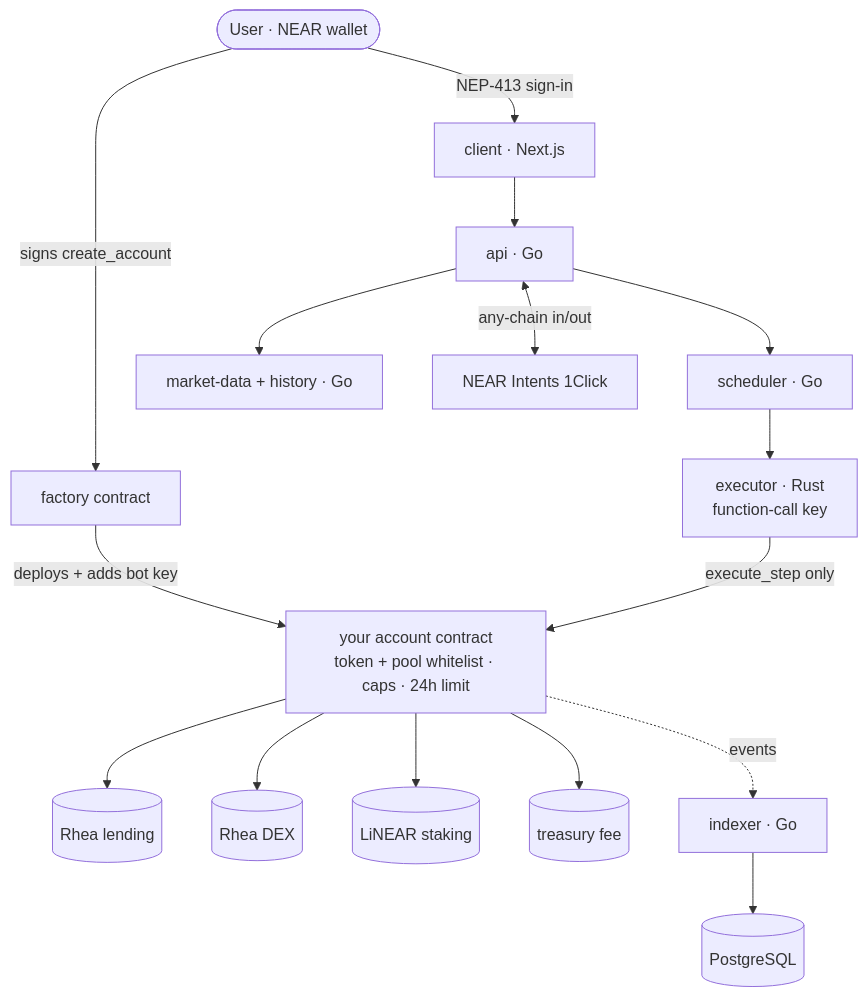
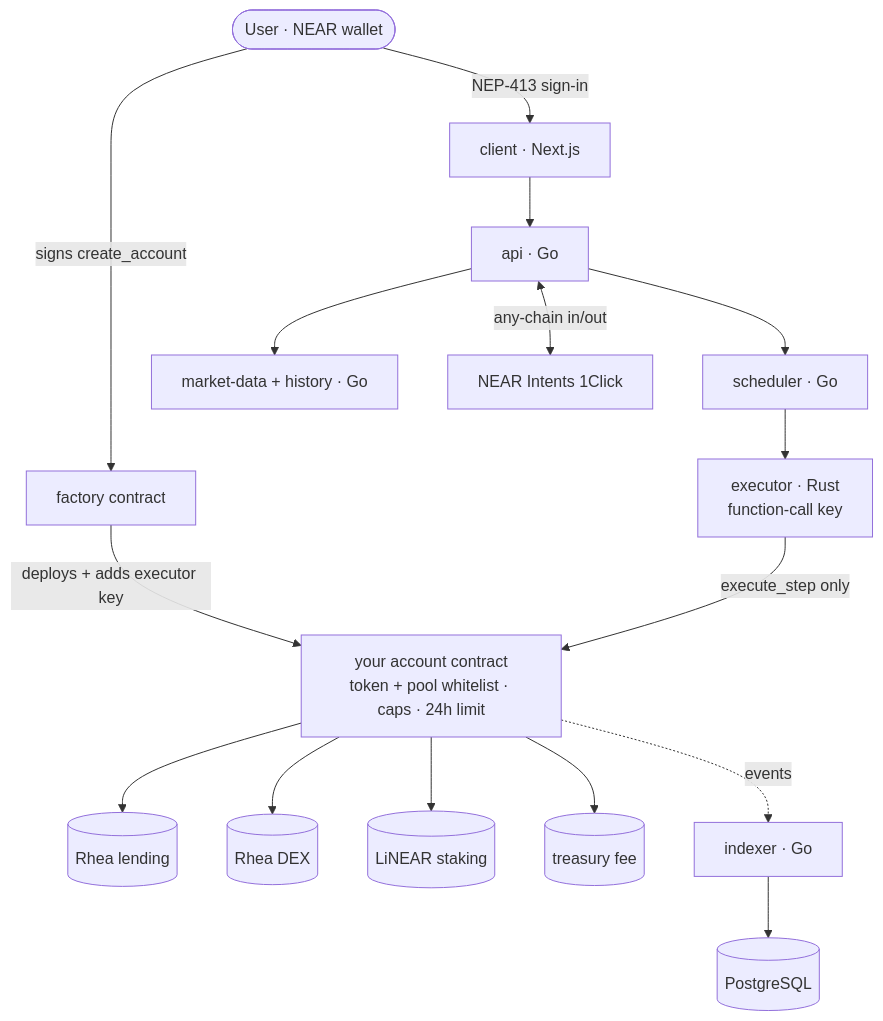
The diagram in README.md (Debanjannnn/nearly), drawn with Mermaid before and after one commit. The commit also changed other lines of this file, not shown here.

Commit message:
docs: live rhea swap + supply txs, wallet note, executor wording

````diff
--- a/README.md
+++ b/README.md
@@ -88,19 +88,19 @@
 ```mermaid
 flowchart TD
   U([User · NEAR wallet])
   U -->|NEP-413 sign-in| C[client · Next.js]
   U -->|signs create_account| F[factory contract]
   C --> API[api · Go]
   API --> S[scheduler · Go]
   API --> M[market-data + history · Go]
   API <-->|any-chain in/out| I[NEAR Intents 1Click]
   S --> X[executor · Rust<br/>function-call key]
-  F -->|deploys + adds bot key| A[your account contract<br/>token + pool whitelist · caps · 24h limit]
+  F -->|deploys + adds executor key| A[your account contract<br/>token + pool whitelist · caps · 24h limit]
   X -->|execute_step only| A
   A --> L[(Rhea lending)]
   A --> D[(Rhea DEX)]
   A --> ST[(LiNEAR staking)]
   A --> T[(treasury fee)]
   A -.->|events| IX[indexer · Go]
   IX --> DB[(PostgreSQL)]
 ```
````
